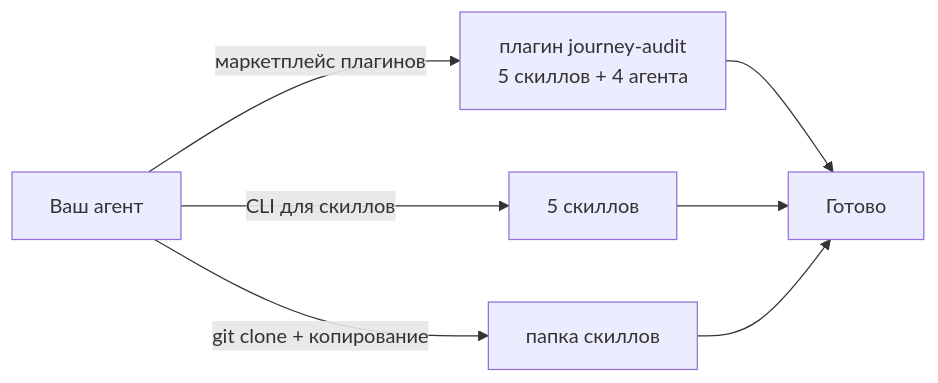
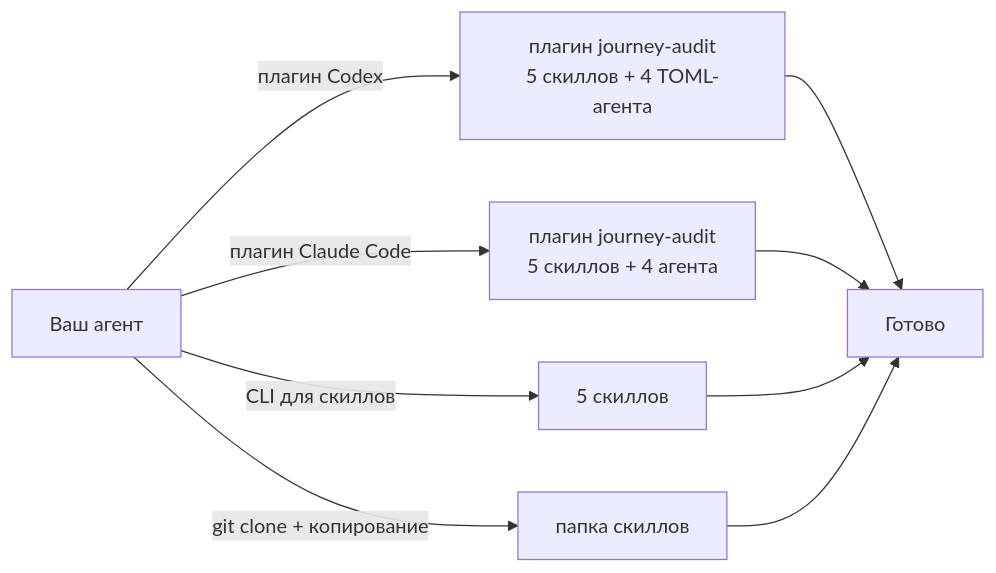
One commit to aleksandrermolov87-cloud/journey-audit changed the first of 6 diagrams in docs/GUIDE.ru.md. Above: the diagram before and after it, drawn with Mermaid. The commit also changed other lines of this file and 26 other files, not shown here.

Commit message:
Codex plugin, Codex custom agents, validated Claude Code plugin (1.1.0)

````diff
--- a/docs/GUIDE.ru.md
+++ b/docs/GUIDE.ru.md
@@ -33,9 +33,11 @@
 ```mermaid
 flowchart LR
-    A[Ваш агент] -->|маркетплейс плагинов| P[плагин journey-audit<br/>5 скиллов + 4 агента]
+    A[Ваш агент] -->|плагин Claude Code| P[плагин journey-audit<br/>5 скиллов + 4 агента]
+    A -->|плагин Codex| X[плагин journey-audit<br/>5 скиллов + 4 TOML-агента]
+    X --> R
     A -->|CLI для скиллов| S[5 скиллов]
     A -->|git clone + копирование| M[папка скиллов]
     P --> R[Готово]
     S --> R
     M --> R
 ```
````
